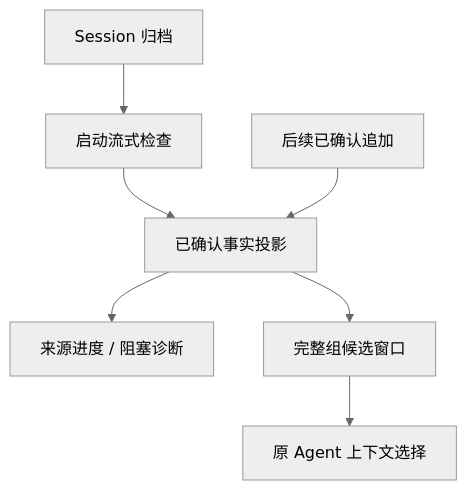
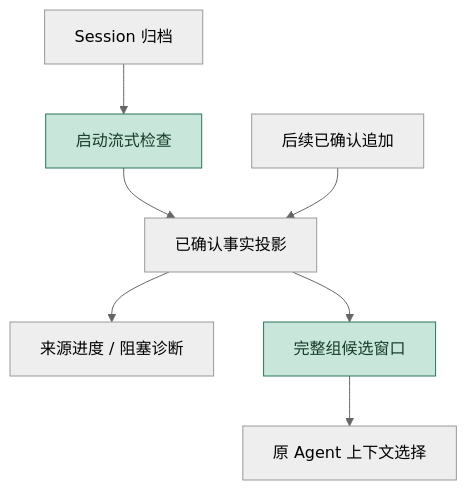
Before and after one commit to 13776578253-glitch/1002bot: the fourth of 7 diagrams in docs/2026-10-09-M4.0进度与架构图.md, drawn with Mermaid (neutral theme). The commit also changed other lines of this file and 3 other files, not shown here.

````diff
--- a/docs/2026-10-09-M4.0进度与架构图.md
+++ b/docs/2026-10-09-M4.0进度与架构图.md
@@ -92,9 +90,11 @@
 ```mermaid
 flowchart TB
   S[Session 归档] --> B[启动流式检查]
   B --> V[已确认事实投影]
   C[后续已确认追加] --> V
   V --> D[来源进度 / 阻塞诊断]
   V --> H[完整组候选窗口]
   H --> A[原 Agent 上下文选择]
+  classDef added fill:#c8e6d9,stroke:#28765c,color:#163d2a;
+  class B,H added;
 ```
````
